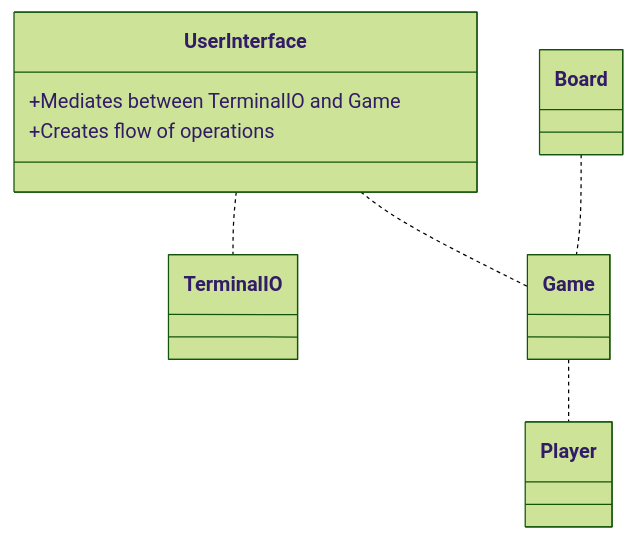
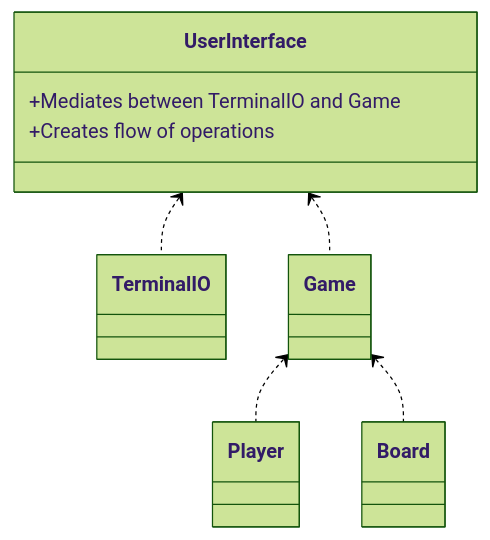
The diagram in README.md (ritaaktay/battleships), drawn with Mermaid (forest theme) before and after one commit.

````diff
--- a/README.md
+++ b/README.md
@@ -1,11 +1,11 @@
 ```mermaid
    classDiagram
    class UserInterface{
     +Mediates between TerminalIO and Game
     +Creates flow of operations
    }
-   UserInterface .. TerminalIO
-   UserInterface .. Game
-   Game .. Player
-   Board .. Game
+   UserInterface <.. TerminalIO
+   UserInterface <.. Game
+   Game <.. Player
+   Game <.. Board
 ```
````
